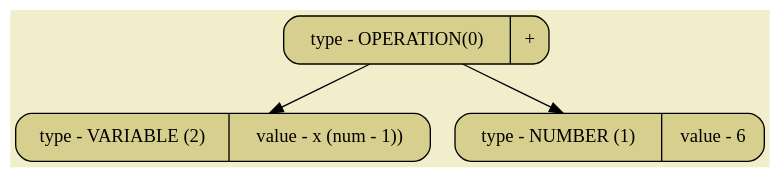
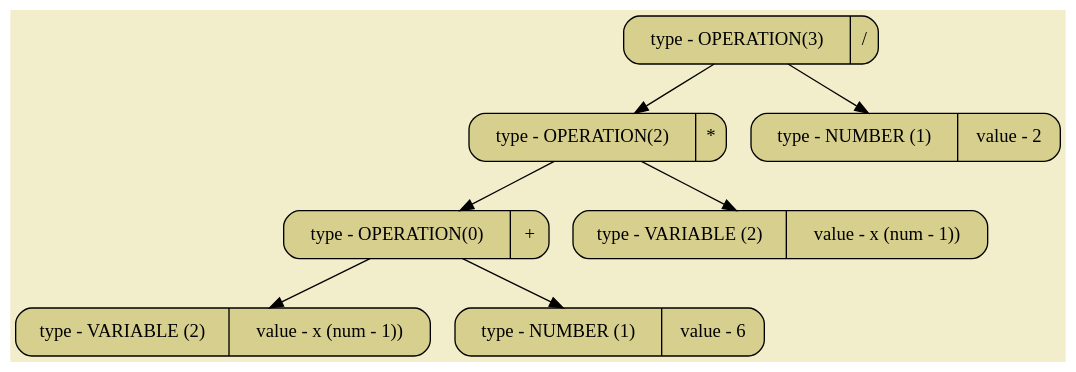
One commit to SashaKhaytina/Differenciator changed the diagram in pictures/image01.dot. Above: the diagram before and after it, drawn with Graphviz. The commit also changed 6 other files, not shown here.

```diff
--- a/pictures/image01.dot
+++ b/pictures/image01.dot
@@ -1,10 +1,18 @@
 digraph
 {
 bgcolor="#F2EECB";
 rankdir = TB;
-POINT_0x5cea3612e490[shape=Mrecord, label = "type - OPERATION(0) | +", style="filled",fillcolor="#D7CF8D"]
-POINT_0x5cea3612e8c0[shape=Mrecord, label = "type - VARIABLE (2) | value - x (num - 1))", style="filled",fillcolor="#D7CF8D"]
-POINT_0x5cea3612e8e0[shape=Mrecord, label = "type - NUMBER (1) | value - 6", style="filled",fillcolor="#D7CF8D"]
-POINT_0x5cea3612e490 -> POINT_0x5cea3612e8c0
-POINT_0x5cea3612e490 -> POINT_0x5cea3612e8e0
+POINT_0x627b7bc88490[shape=Mrecord, label = "type - OPERATION(3) | /", style="filled",fillcolor="#D7CF8D"]
+POINT_0x627b7bc888c0[shape=Mrecord, label = "type - OPERATION(2) | *", style="filled",fillcolor="#D7CF8D"]
+POINT_0x627b7bc888e0[shape=Mrecord, label = "type - OPERATION(0) | +", style="filled",fillcolor="#D7CF8D"]
+POINT_0x627b7bc88900[shape=Mrecord, label = "type - VARIABLE (2) | value - x (num - 1))", style="filled",fillcolor="#D7CF8D"]
+POINT_0x627b7bc88920[shape=Mrecord, label = "type - NUMBER (1) | value - 6", style="filled",fillcolor="#D7CF8D"]
+POINT_0x627b7bc88940[shape=Mrecord, label = "type - VARIABLE (2) | value - x (num - 1))", style="filled",fillcolor="#D7CF8D"]
+POINT_0x627b7bc88960[shape=Mrecord, label = "type - NUMBER (1) | value - 2", style="filled",fillcolor="#D7CF8D"]
+POINT_0x627b7bc88490 -> POINT_0x627b7bc888c0
+POINT_0x627b7bc88490 -> POINT_0x627b7bc88960
+POINT_0x627b7bc888c0 -> POINT_0x627b7bc888e0
+POINT_0x627b7bc888c0 -> POINT_0x627b7bc88940
+POINT_0x627b7bc888e0 -> POINT_0x627b7bc88900
+POINT_0x627b7bc888e0 -> POINT_0x627b7bc88920
 }
```
